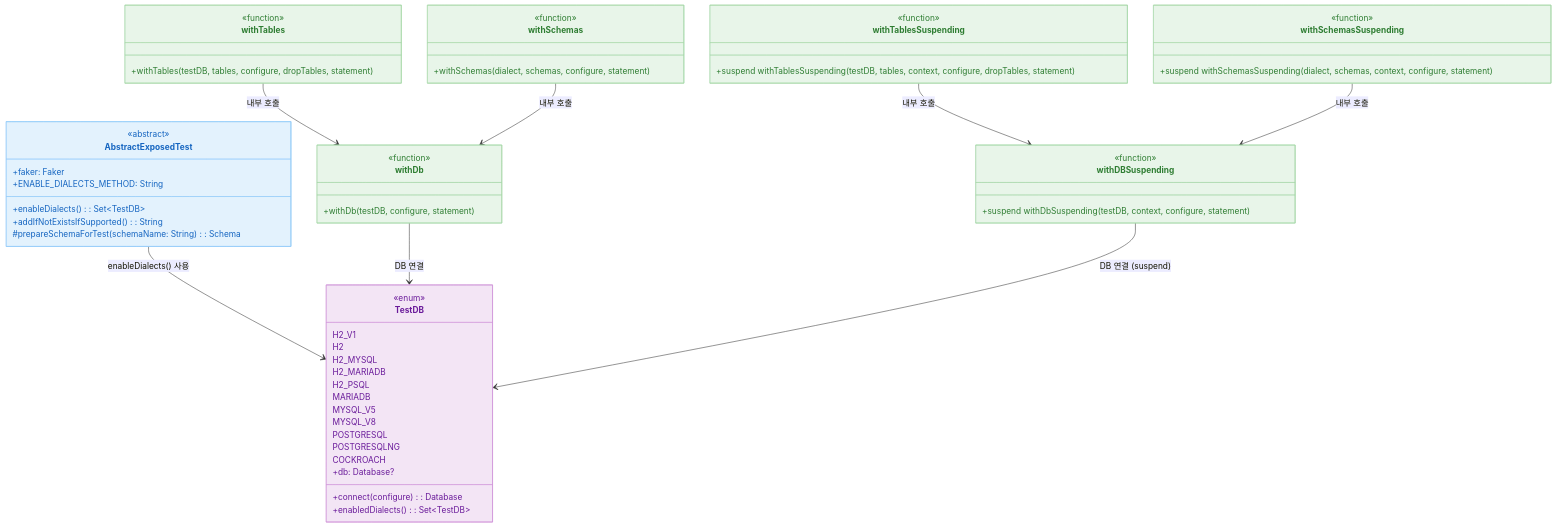
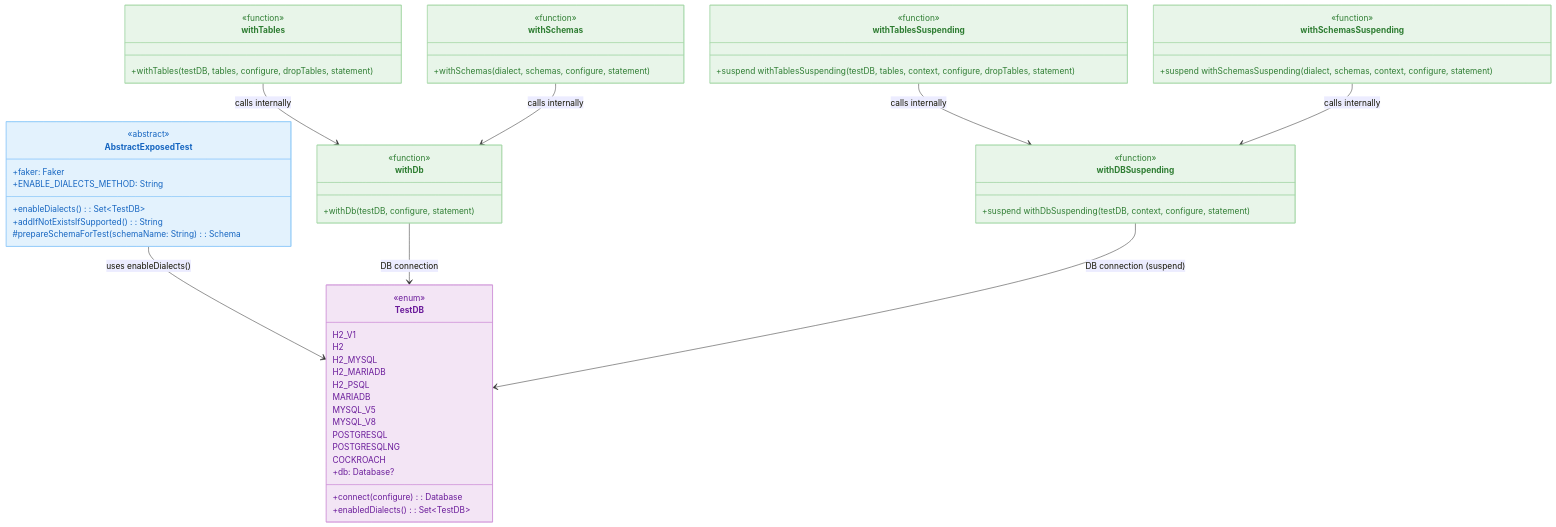
One commit to bluetape4k/exposed-workshop changed the diagram in 00-shared/exposed-shared-tests/README.md. Above: the diagram before and after it, drawn with Mermaid. The commit also changed other lines of this file and 115 other files, not shown here.

````diff
--- a/00-shared/exposed-shared-tests/README.md
+++ b/00-shared/exposed-shared-tests/README.md
@@ -75,76 +77,76 @@
 ```mermaid
 classDiagram
     class AbstractExposedTest {
         <<abstract>>
         +faker: Faker
         +enableDialects(): Set~TestDB~
         +ENABLE_DIALECTS_METHOD: String
         +addIfNotExistsIfSupported(): String
         #prepareSchemaForTest(schemaName: String): Schema
     }
 
     class TestDB {
         <<enum>>
         H2_V1
         H2
         H2_MYSQL
         H2_MARIADB
         H2_PSQL
         MARIADB
         MYSQL_V5
         MYSQL_V8
         POSTGRESQL
         POSTGRESQLNG
         COCKROACH
         +db: Database?
         +connect(configure): Database
         +enabledDialects(): Set~TestDB~
     }
 
     class withDb {
         <<function>>
         +withDb(testDB, configure, statement)
     }
 
     class withTables {
         <<function>>
         +withTables(testDB, tables, configure, dropTables, statement)
     }
 
     class withTablesSuspending {
         <<function>>
         +suspend withTablesSuspending(testDB, tables, context, configure, dropTables, statement)
     }
 
     class withSchemas {
         <<function>>
         +withSchemas(dialect, schemas, configure, statement)
     }
 
     class withSchemasSuspending {
         <<function>>
         +suspend withSchemasSuspending(dialect, schemas, context, configure, statement)
     }
 
     class withDBSuspending {
         <<function>>
         +suspend withDbSuspending(testDB, context, configure, statement)
     }
 
-    AbstractExposedTest --> TestDB : enableDialects() 사용
-    withTables --> withDb : 내부 호출
-    withTablesSuspending --> withDBSuspending : 내부 호출
-    withSchemas --> withDb : 내부 호출
-    withSchemasSuspending --> withDBSuspending : 내부 호출
-    withDb --> TestDB : DB 연결
-    withDBSuspending --> TestDB : DB 연결 (suspend)
+    AbstractExposedTest --> TestDB : uses enableDialects()
+    withTables --> withDb : calls internally
+    withTablesSuspending --> withDBSuspending : calls internally
+    withSchemas --> withDb : calls internally
+    withSchemasSuspending --> withDBSuspending : calls internally
+    withDb --> TestDB : DB connection
+    withDBSuspending --> TestDB : DB connection (suspend)
 
     style AbstractExposedTest fill:#E3F2FD,stroke:#90CAF9,color:#1565C0
     style TestDB fill:#F3E5F5,stroke:#CE93D8,color:#6A1B9A
     style withDb fill:#E8F5E9,stroke:#A5D6A7,color:#2E7D32
     style withTables fill:#E8F5E9,stroke:#A5D6A7,color:#2E7D32
     style withTablesSuspending fill:#E8F5E9,stroke:#A5D6A7,color:#2E7D32
     style withSchemas fill:#E8F5E9,stroke:#A5D6A7,color:#2E7D32
     style withSchemasSuspending fill:#E8F5E9,stroke:#A5D6A7,color:#2E7D32
     style withDBSuspending fill:#E8F5E9,stroke:#A5D6A7,color:#2E7D32
 ```
````
